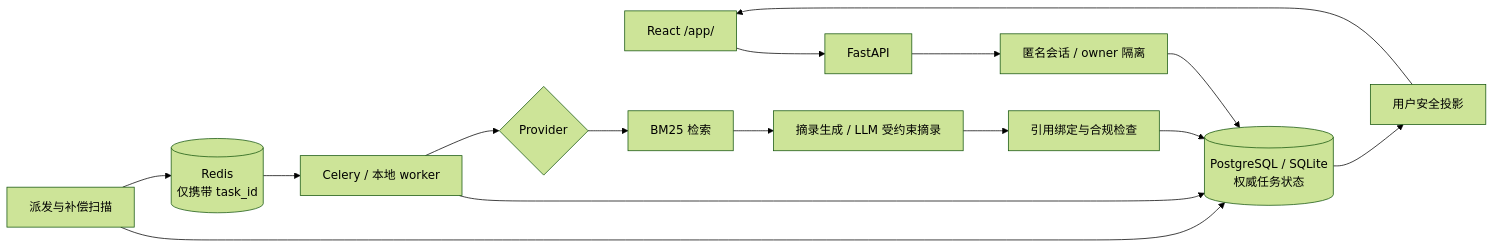
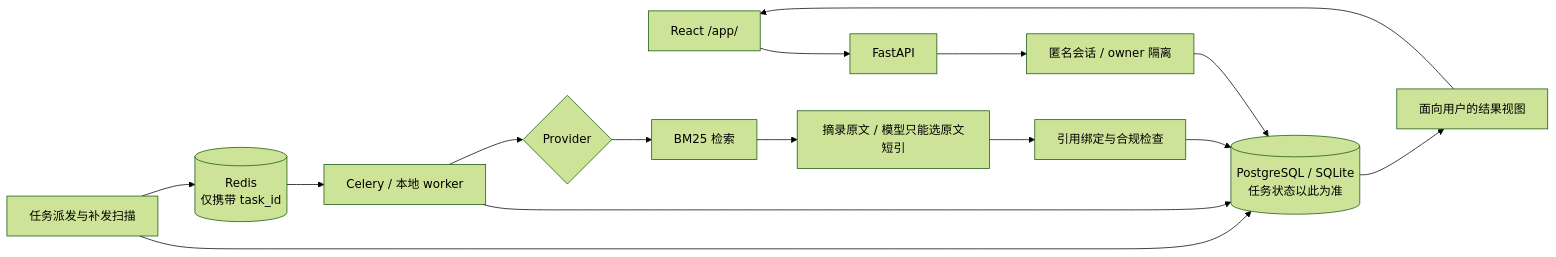
The diagram in README.md (control-coder/medcite), drawn with Mermaid (forest theme) before and after one commit. The commit also changed other lines of this file and 1 other file, not shown here.

````diff
--- a/README.md
+++ b/README.md
@@ -41,16 +41,16 @@
 ```mermaid
 flowchart LR
     UI[React /app/] --> API[FastAPI]
     API --> ID[匿名会话 / owner 隔离]
-    ID --> DB[(PostgreSQL / SQLite<br/>权威任务状态)]
-    S[派发与补偿扫描] --> DB
+    ID --> DB[(PostgreSQL / SQLite<br/>任务状态以此为准)]
+    S[任务派发与补发扫描] --> DB
     S --> Q[(Redis<br/>仅携带 task_id)]
     Q --> W[Celery / 本地 worker]
     W --> DB
     W --> P{Provider}
     P --> R[BM25 检索]
-    R --> G[摘录生成 / LLM 受约束摘录]
+    R --> G[摘录原文 / 模型只能选原文短引]
     G --> V[引用绑定与合规检查]
     V --> DB
-    DB --> PRJ[用户安全投影] --> UI
+    DB --> PRJ[面向用户的结果视图] --> UI
 ```
````
